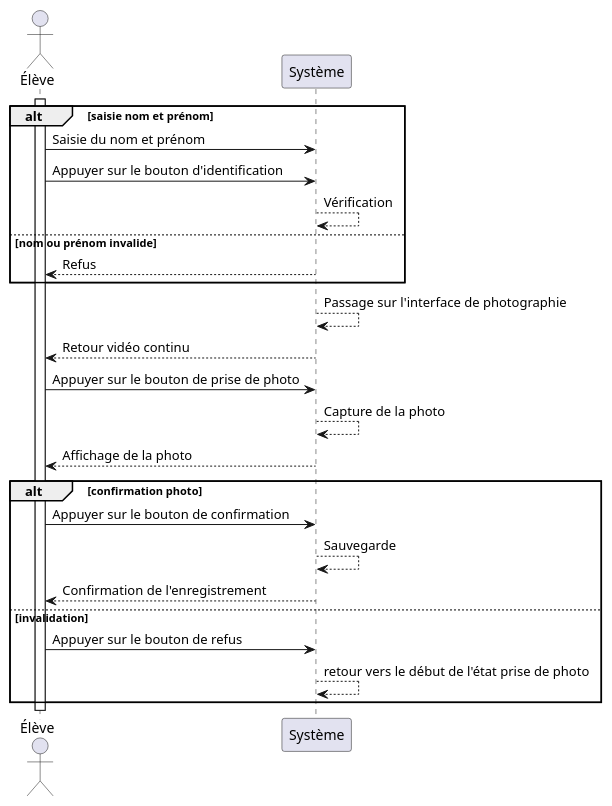
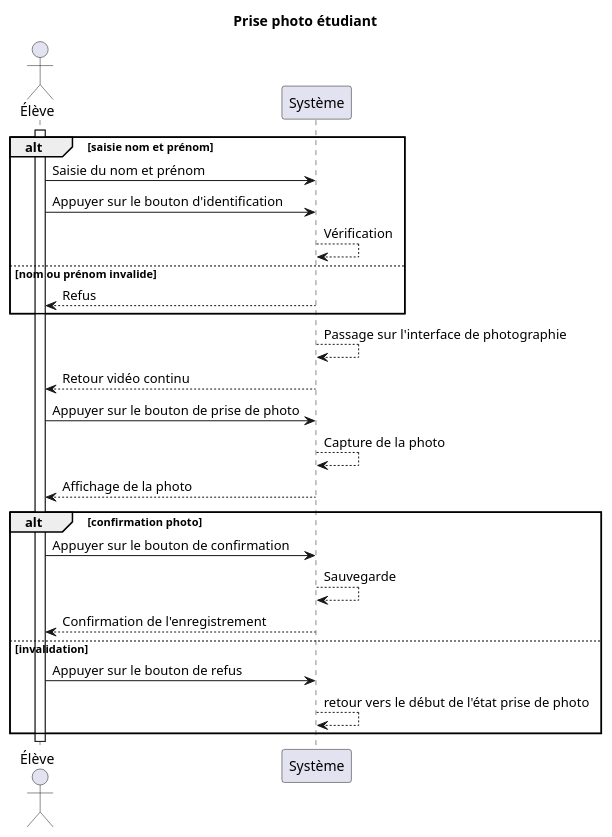
The diagram in Diagrammes/use_case_etudiant_prend_photo.wsd (pandadorable/Trombinoscope), drawn with PlantUML before and after one commit. The commit also changed 1 other file, not shown here.

Commit message:
Update : Diagramme use case Inserer data

```diff
--- a/Diagrammes/use_case_etudiant_prend_photo.wsd
+++ b/Diagrammes/use_case_etudiant_prend_photo.wsd
@@ -1,28 +1,29 @@
 @startuml etudiant_prend_photo
+title Prise photo étudiant
 actor Élève
 activate Élève
 alt saisie nom et prénom
      Élève-> Système: Saisie du nom et prénom
      Élève-> Système: Appuyer sur le bouton d'identification
      Système--> Système : Vérification
 else nom ou prénom invalide
      Système--> Élève: Refus
 end
 
 Système--> Système : Passage sur l'interface de photographie
 Système--> Élève: Retour vidéo continu
 
 Élève-> Système: Appuyer sur le bouton de prise de photo
 Système--> Système : Capture de la photo
 Système--> Élève: Affichage de la photo
 
 
 alt confirmation photo
      Élève-> Système: Appuyer sur le bouton de confirmation
      Système--> Système : Sauvegarde
      Système--> Élève: Confirmation de l'enregistrement
 else invalidation
      Élève-> Système: Appuyer sur le bouton de refus
      Système--> Système : retour vers le début de l'état prise de photo
 end
 @enduml
```
